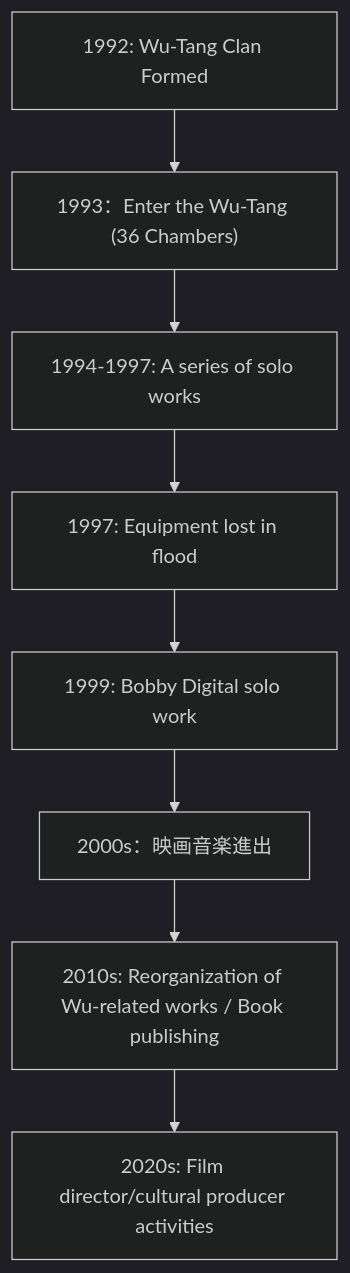
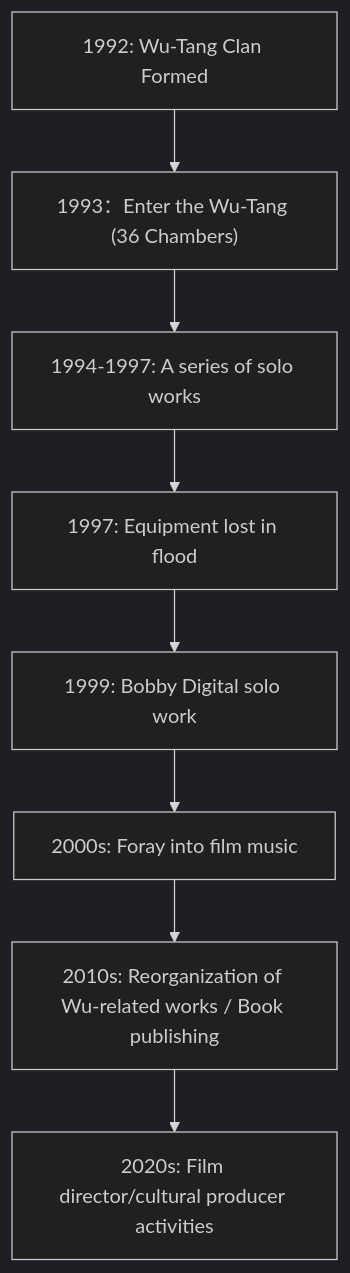
The eighth of 8 diagrams in en/_posts/2025-11-21-column-rza.md (monumental-movement/monumental-movement.github.io), drawn with Mermaid (dark theme) before and after one commit. The commit also changed other lines of this file and 851 other files, not shown here.

```diff
--- a/en/_posts/2025-11-21-column-rza.md
+++ b/en/_posts/2025-11-21-column-rza.md
@@ -268,12 +268,12 @@
 <div class="mermaid">
 
 flowchart TD
     A["1992: Wu-Tang Clan Formed"] --> B["1993：Enter the Wu-Tang (36 Chambers)"]
     B --> C["1994-1997: A series of solo works"]
     C --> D["1997: Equipment lost in flood"]
     D --> E["1999: Bobby Digital solo work"]
-    E --> F["2000s：映画音楽進出"]
+    E --> F["2000s: Foray into film music"]
     F --> G["2010s: Reorganization of Wu-related works / Book publishing"]
     G --> H["2020s: Film director/cultural producer activities"]
 
 </div>
```
